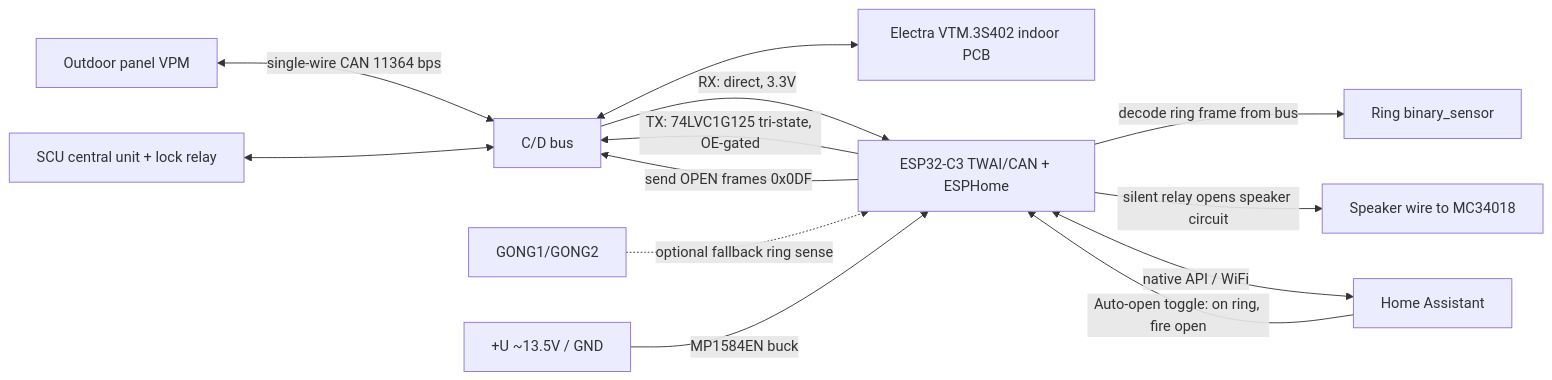
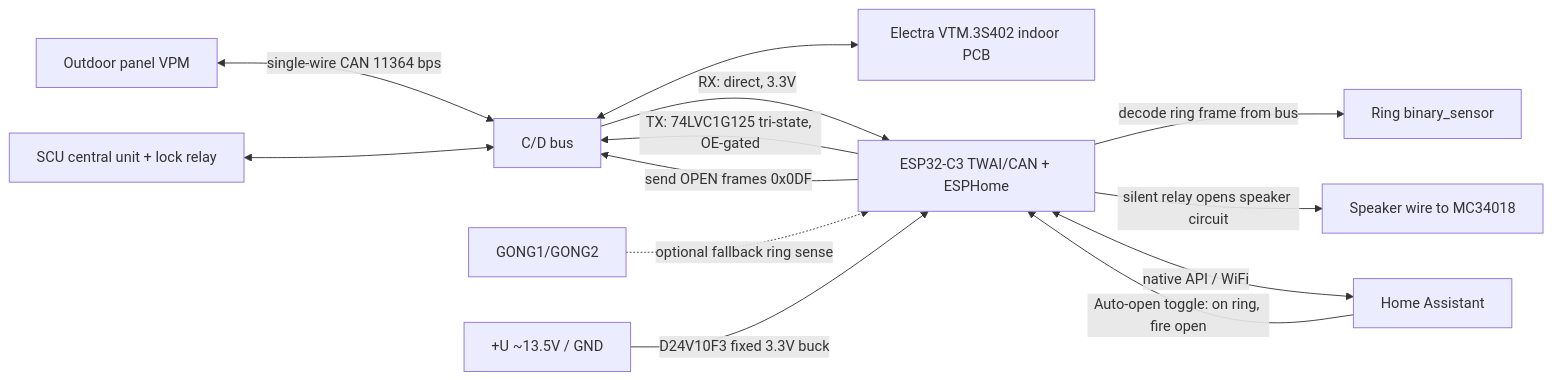
The diagram in .cursor/plans/electra_smart+_ha_integration_7fef2d94.plan.md (Vlad-Iliescu/electra-smart), drawn with Mermaid before and after one commit. The commit also changed other lines of this file and 6 other files, not shown here.

````diff
--- a/.cursor/plans/electra_smart+_ha_integration_7fef2d94.plan.md
+++ b/.cursor/plans/electra_smart+_ha_integration_7fef2d94.plan.md
@@ -121,15 +121,15 @@
 ```mermaid
 flowchart LR
   panel[Outdoor panel VPM] <-->|single-wire CAN 11364 bps| cd["C/D bus"]
   scu[SCU central unit + lock relay] <--> cd
   cd <--> unit[Electra VTM.3S402 indoor PCB]
   cd -->|"RX: direct, 3.3V"| esp["ESP32-C3 TWAI/CAN + ESPHome"]
   esp -->|"TX: 74LVC1G125 tri-state, OE-gated"| cd
   esp -->|"decode ring frame from bus"| ring[Ring binary_sensor]
   esp -->|"send OPEN frames 0x0DF"| cd
   esp -->|silent relay opens speaker circuit| spk[Speaker wire to MC34018]
   gong[GONG1/GONG2] -.->|optional fallback ring sense| esp
-  uPower["+U ~13.5V / GND"] -->|MP1584EN buck| esp
+  uPower["+U ~13.5V / GND"] -->|D24V10F3 fixed 3.3V buck| esp
   esp <-->|native API / WiFi| ha[Home Assistant]
   ha -->|"Auto-open toggle: on ring, fire open"| esp
 ```
````
